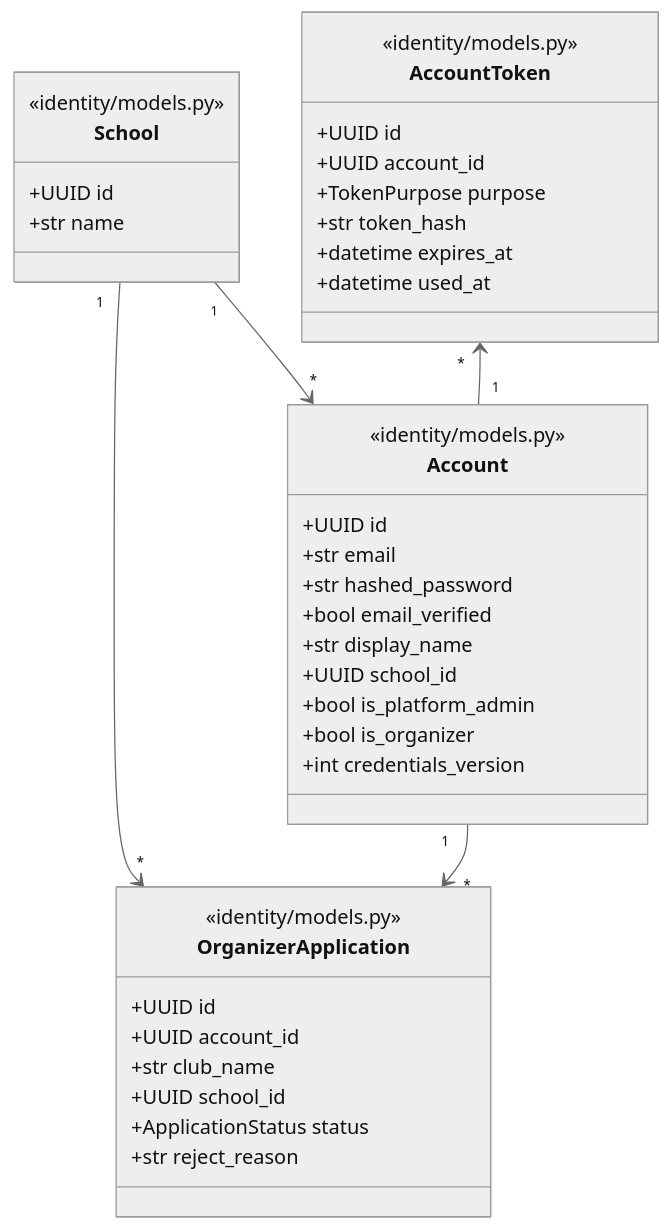
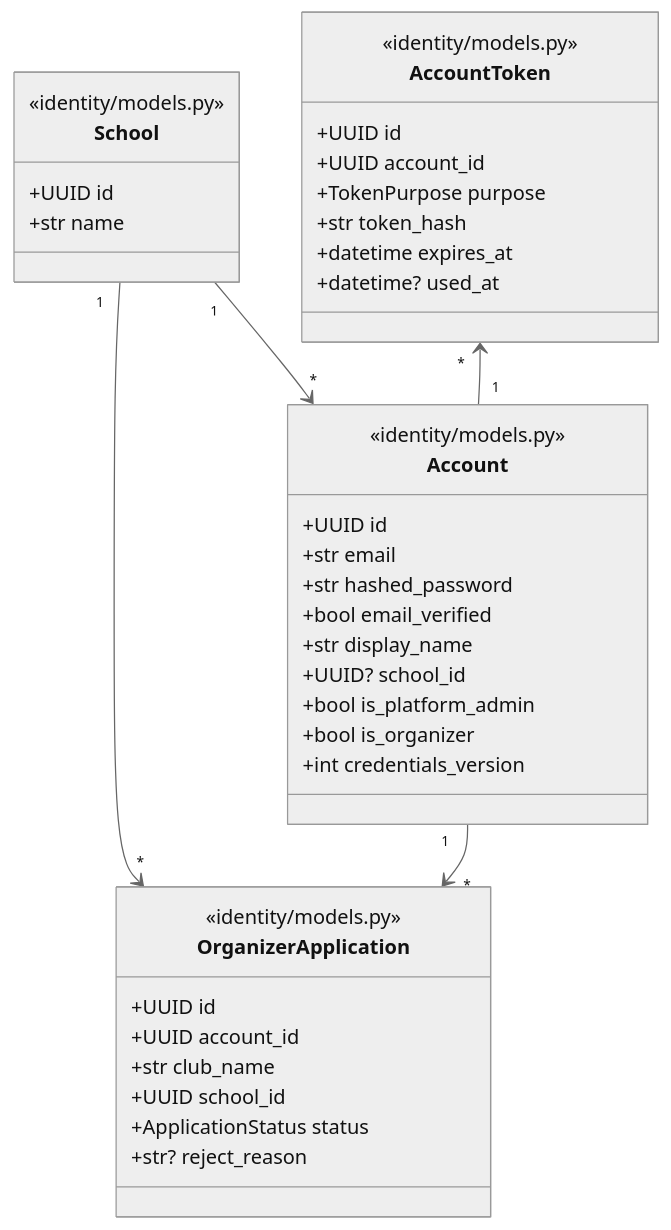
One commit to Team14good/esport-platform changed the fourth of 15 diagrams in docs/midterm/D-物件設計文件.md. Above: the diagram before and after it, drawn with Mermaid (neutral theme). The commit also changed other lines of this file and 23 other files, not shown here.

First line of the commit message:
docs: 依 PR #92 審查修正 B、C、D 的圖與程式標註

````diff
--- a/docs/midterm/D-物件設計文件.md
+++ b/docs/midterm/D-物件設計文件.md
@@ -171,42 +172,42 @@
 ```mermaid
 classDiagram
   class Account {
     <<identity/models.py>>
     +UUID id
     +str email
     +str hashed_password
     +bool email_verified
     +str display_name
-    +UUID school_id
+    +UUID? school_id
     +bool is_platform_admin
     +bool is_organizer
     +int credentials_version
   }
   class School {
     <<identity/models.py>>
     +UUID id
     +str name
   }
   class AccountToken {
     <<identity/models.py>>
     +UUID id
     +UUID account_id
     +TokenPurpose purpose
     +str token_hash
     +datetime expires_at
-    +datetime used_at
+    +datetime? used_at
   }
   class OrganizerApplication {
     <<identity/models.py>>
     +UUID id
     +UUID account_id
     +str club_name
     +UUID school_id
     +ApplicationStatus status
-    +str reject_reason
+    +str? reject_reason
   }
   School "1" --> "*" Account
   School "1" --> "*" OrganizerApplication
   Account "1" --> "*" OrganizerApplication
   AccountToken "*" <-- "1" Account
 ```
````
